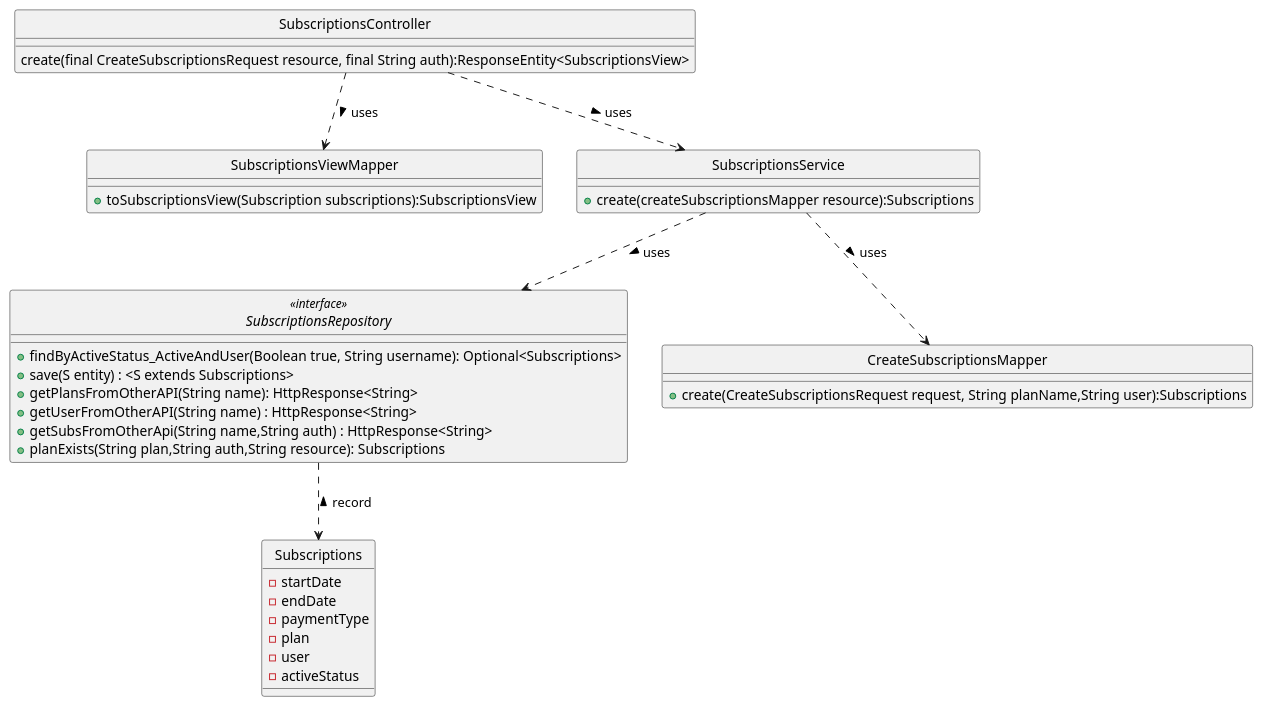
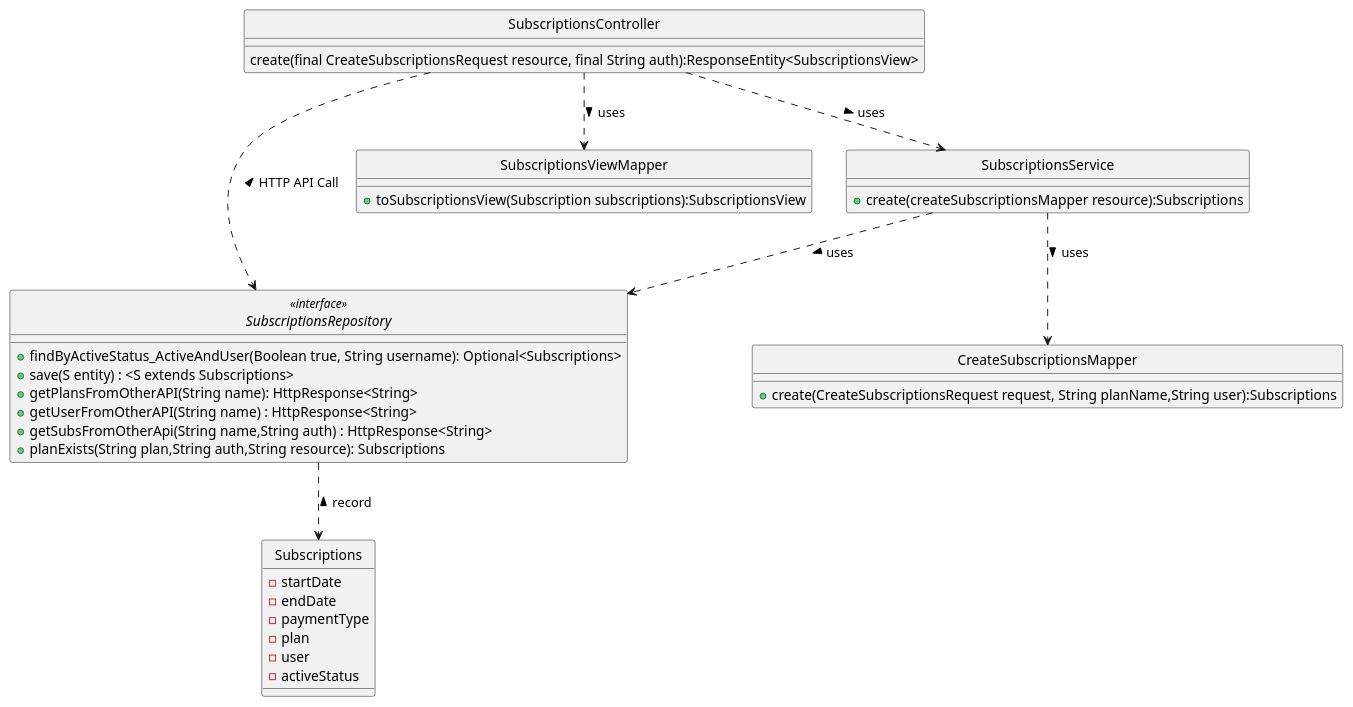
Before and after one commit to IsepMartimOliveira/SIDIS: the diagram in docs_sidis/Subs/UC07 - CreateSub/UC07-CD.puml, drawn with PlantUML. The commit also changed 9 other files, not shown here.

```diff
--- a/docs_sidis/Subs/UC07 - CreateSub/UC07-CD.puml
+++ b/docs_sidis/Subs/UC07 - CreateSub/UC07-CD.puml
@@ -1,50 +1,52 @@
 @startuml
 hide circle
 class SubscriptionsRepository <<interface>>
 
 class Subscriptions {
     -startDate
     -endDate
     -paymentType
     -plan
     -user
     -activeStatus
 }
 
 
 
 class SubscriptionsViewMapper{
     +toSubscriptionsView(Subscription subscriptions):SubscriptionsView
 }
 class SubscriptionsController{
     create(final CreateSubscriptionsRequest resource, final String auth):ResponseEntity<SubscriptionsView>
     }
 class SubscriptionsService{
  +create(createSubscriptionsMapper resource):Subscriptions
 
 }
 
 class CreateSubscriptionsMapper{
     +create(CreateSubscriptionsRequest request, String planName,String user):Subscriptions
 }
 
 interface SubscriptionsRepository
 {
 +findByActiveStatus_ActiveAndUser(Boolean true, String username): Optional<Subscriptions>
 +save(S entity) : <S extends Subscriptions>
 +getPlansFromOtherAPI(String name): HttpResponse<String>
 +getUserFromOtherAPI(String name) : HttpResponse<String>
 +getSubsFromOtherApi(String name,String auth) : HttpResponse<String>
 +planExists(String plan,String auth,String resource): Subscriptions
 }
 
 
 
 SubscriptionsController ..> SubscriptionsService: uses >
 SubscriptionsService ..> SubscriptionsRepository: uses >
 
 SubscriptionsService ..> CreateSubscriptionsMapper: uses >
 SubscriptionsRepository ..> Subscriptions: < record
 
 SubscriptionsController ..>SubscriptionsViewMapper: uses >
+SubscriptionsController ..>SubscriptionsRepository:  HTTP API Call <
+
 @enduml
```
